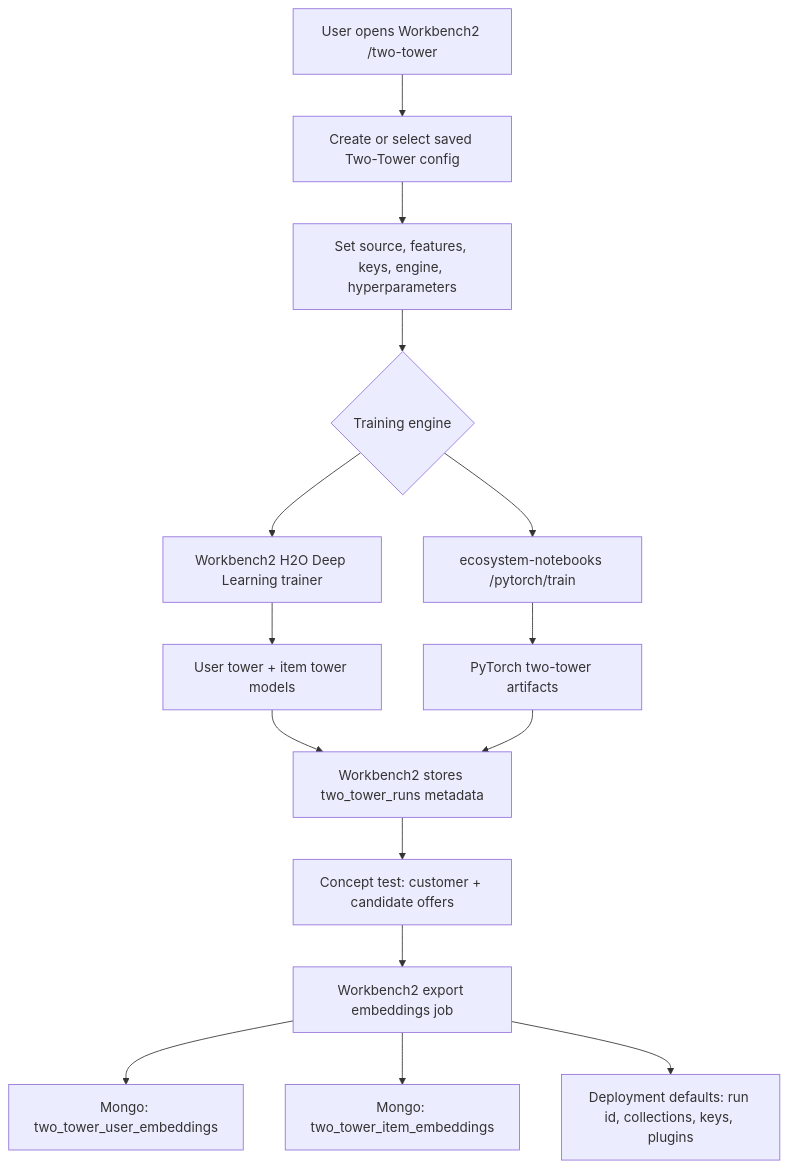
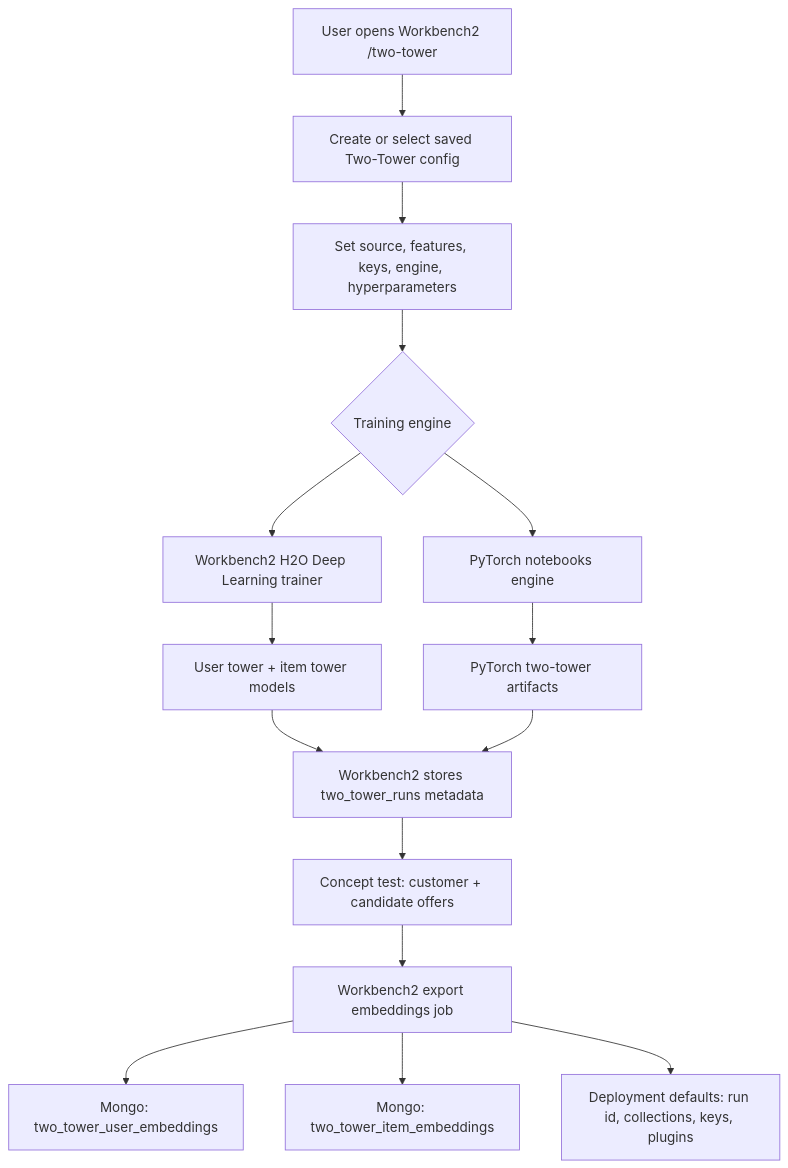
The second of 3 diagrams in content/docs/modules/two_tower/concepts.mdx (ecogenetic/ecosystem.ai), drawn with Mermaid before and after one commit. The commit also changed other lines of this file and 9 other files, not shown here.

````diff
--- a/content/docs/modules/two_tower/concepts.mdx
+++ b/content/docs/modules/two_tower/concepts.mdx
@@ -100,21 +100,21 @@
 ```mermaid
 flowchart TD
   User["User opens Workbench2 /two-tower"] --> Config["Create or select saved Two-Tower config"]
   Config --> Params["Set source, features, keys, engine, hyperparameters"]
   Params --> Engine{"Training engine"}
 
   Engine --> H2O["Workbench2 H2O Deep Learning trainer"]
-  Engine --> PT["ecosystem-notebooks /pytorch/train"]
+  Engine --> PT["PyTorch notebooks engine"]
 
   H2O --> H2OModels["User tower + item tower models"]
   PT --> PTArtifacts["PyTorch two-tower artifacts"]
 
   H2OModels --> RunMeta["Workbench2 stores two_tower_runs metadata"]
   PTArtifacts --> RunMeta
 
   RunMeta --> Concept["Concept test: customer + candidate offers"]
   Concept --> Export["Workbench2 export embeddings job"]
   Export --> UserVectors["Mongo: two_tower_user_embeddings"]
   Export --> ItemVectors["Mongo: two_tower_item_embeddings"]
   Export --> DeployDefaults["Deployment defaults: run id, collections, keys, plugins"]
 ```
````
